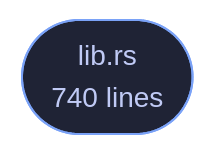
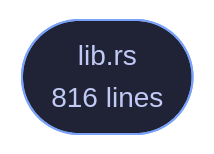
Before and after one commit to tilas01/veilvoice: the diagram in crates/veilvoice-gnupg/README.md, drawn with Mermaid. The commit also changed other lines of this file and 32 other files, not shown here.

````diff
--- a/crates/veilvoice-gnupg/README.md
+++ b/crates/veilvoice-gnupg/README.md
@@ -107,6 +107,6 @@
 ```mermaid
 %%{init: {"theme":"base","themeVariables":{"background":"#1a1b26","primaryColor":"#1f2335","primaryTextColor":"#c0caf5","primaryBorderColor":"#7aa2f7","secondaryColor":"#16161e","tertiaryColor":"#16161e","lineColor":"#737aa2","textColor":"#c0caf5","mainBkg":"#1f2335","nodeBorder":"#7aa2f7","clusterBkg":"#16161e","clusterBorder":"#2f3549","fontFamily":"ui-monospace, SFMono-Regular, Consolas, monospace","fontSize":"14px"}}}%%
 flowchart TD
-    n_lib(["lib.rs<br/>740 lines"])
+    n_lib(["lib.rs<br/>816 lines"])
     click n_lib href "https://github.com/tilas01/veilvoice/blob/main/crates/veilvoice-gnupg/src/lib.rs" "open the source"
 ```
````
